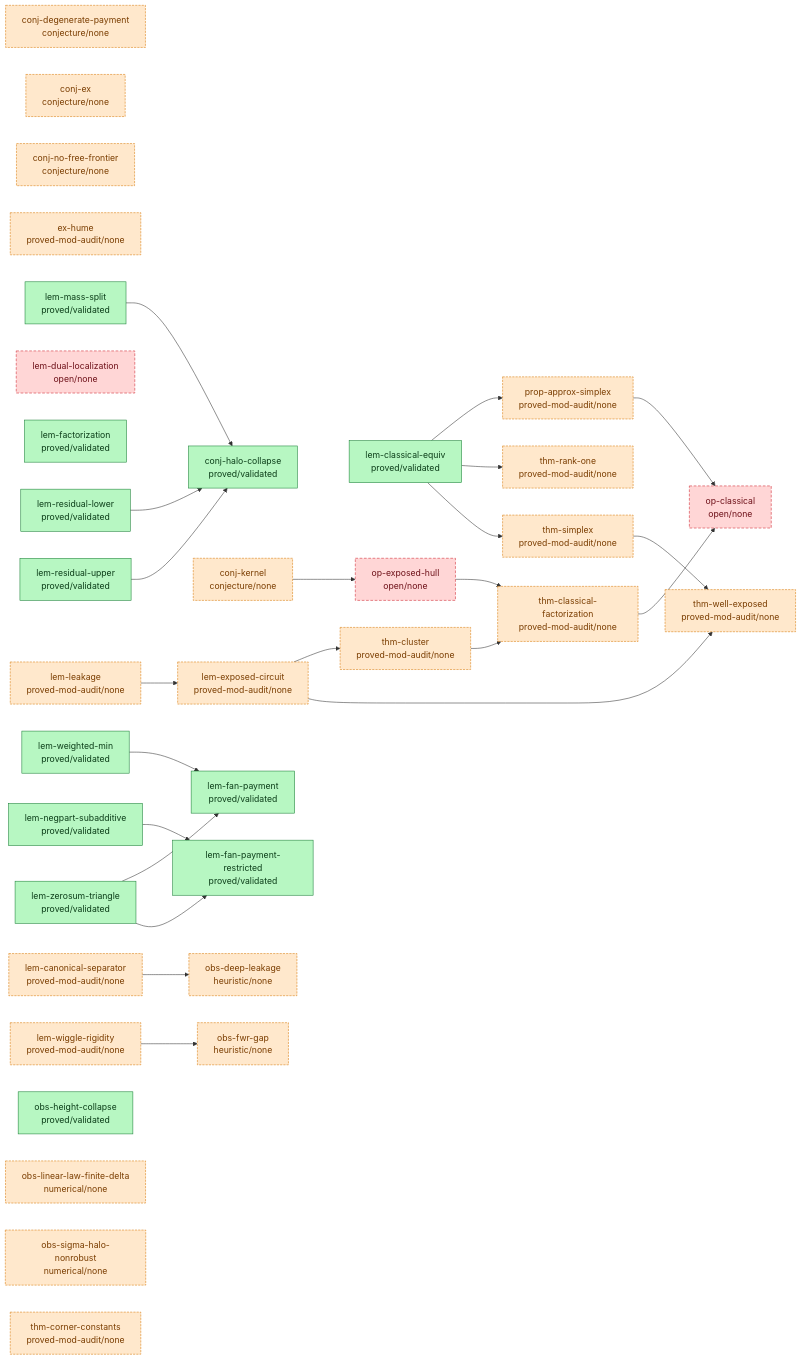
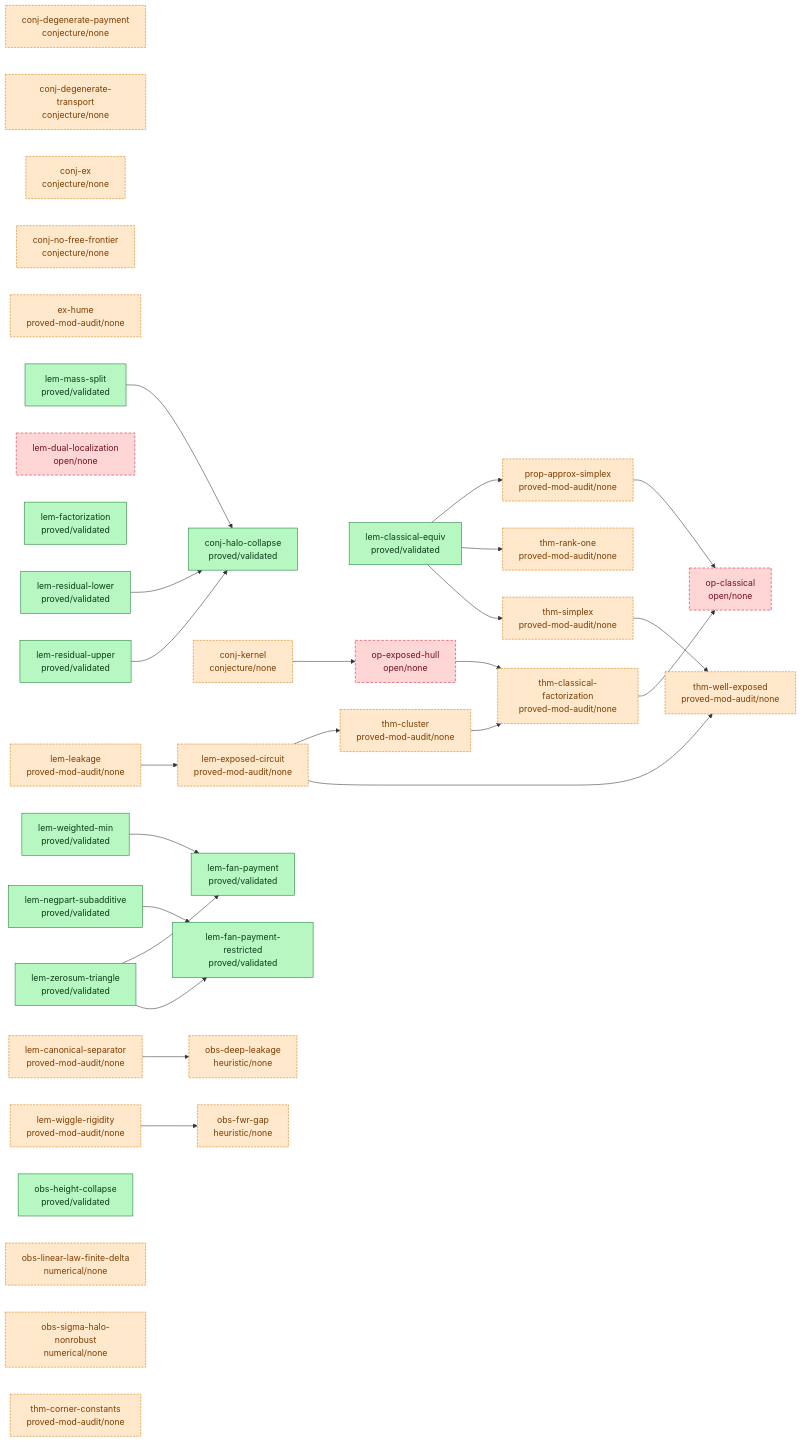
The diagram in argument/DAG.md (tobiasosborne/almost-idempotent-stochastic-maps), drawn with Mermaid before and after one commit. The commit also changed other lines of this file and 4 other files, not shown here.

First line of the commit message:
Codify conj-degenerate-transport: the (TT) payment-horn gap as a registry conjecture

````diff
--- a/argument/DAG.md
+++ b/argument/DAG.md
@@ -6,69 +6,70 @@
 ```mermaid
 graph LR
   classDef validated fill:#b7f7c2,stroke:#1a7f37,color:#0b3d18;
   classDef proved fill:#cfe3ff,stroke:#0969da,color:#0a3069;
   classDef seeded fill:#fff3c4,stroke:#bf8700,color:#5a4500;
   classDef stated fill:#eaecef,stroke:#8b949e,color:#24292f;
   classDef cited fill:#e7d6ff,stroke:#8250df,color:#3b1a73;
   classDef nonrigorous fill:#ffe8cc,stroke:#d97706,color:#7a3d00,stroke-dasharray:4 2;
   classDef open fill:#ffd6d6,stroke:#cf222e,color:#6e1119,stroke-dasharray:5 3;
   conj-degenerate-payment["conj-degenerate-payment<br/>conjecture/none"]
+  conj-degenerate-transport["conj-degenerate-transport<br/>conjecture/none"]
   conj-ex["conj-ex<br/>conjecture/none"]
   conj-halo-collapse["conj-halo-collapse<br/>proved/validated"]
   conj-kernel["conj-kernel<br/>conjecture/none"]
   conj-no-free-frontier["conj-no-free-frontier<br/>conjecture/none"]
   ex-hume["ex-hume<br/>proved-mod-audit/none"]
   lem-canonical-separator["lem-canonical-separator<br/>proved-mod-audit/none"]
   lem-classical-equiv["lem-classical-equiv<br/>proved/validated"]
   lem-dual-localization["lem-dual-localization<br/>open/none"]
   lem-exposed-circuit["lem-exposed-circuit<br/>proved-mod-audit/none"]
   lem-factorization["lem-factorization<br/>proved/validated"]
   lem-fan-payment["lem-fan-payment<br/>proved/validated"]
   lem-fan-payment-restricted["lem-fan-payment-restricted<br/>proved/validated"]
   lem-leakage["lem-leakage<br/>proved-mod-audit/none"]
   lem-mass-split["lem-mass-split<br/>proved/validated"]
   lem-negpart-subadditive["lem-negpart-subadditive<br/>proved/validated"]
   lem-residual-lower["lem-residual-lower<br/>proved/validated"]
   lem-residual-upper["lem-residual-upper<br/>proved/validated"]
   lem-weighted-min["lem-weighted-min<br/>proved/validated"]
   lem-wiggle-rigidity["lem-wiggle-rigidity<br/>proved-mod-audit/none"]
   lem-zerosum-triangle["lem-zerosum-triangle<br/>proved/validated"]
   obs-deep-leakage["obs-deep-leakage<br/>heuristic/none"]
   obs-fwr-gap["obs-fwr-gap<br/>heuristic/none"]
   obs-height-collapse["obs-height-collapse<br/>proved/validated"]
   obs-linear-law-finite-delta["obs-linear-law-finite-delta<br/>numerical/none"]
   obs-sigma-halo-nonrobust["obs-sigma-halo-nonrobust<br/>numerical/none"]
   op-classical["op-classical<br/>open/none"]
   op-exposed-hull["op-exposed-hull<br/>open/none"]
   prop-approx-simplex["prop-approx-simplex<br/>proved-mod-audit/none"]
   thm-classical-factorization["thm-classical-factorization<br/>proved-mod-audit/none"]
   thm-cluster["thm-cluster<br/>proved-mod-audit/none"]
   thm-corner-constants["thm-corner-constants<br/>proved-mod-audit/none"]
   thm-rank-one["thm-rank-one<br/>proved-mod-audit/none"]
   thm-simplex["thm-simplex<br/>proved-mod-audit/none"]
   thm-well-exposed["thm-well-exposed<br/>proved-mod-audit/none"]
   conj-kernel --> op-exposed-hull
   lem-canonical-separator --> obs-deep-leakage
   lem-classical-equiv --> prop-approx-simplex
   lem-classical-equiv --> thm-rank-one
   lem-classical-equiv --> thm-simplex
   lem-exposed-circuit --> thm-cluster
   lem-exposed-circuit --> thm-well-exposed
   lem-leakage --> lem-exposed-circuit
   lem-mass-split --> conj-halo-collapse
   lem-negpart-subadditive --> lem-fan-payment-restricted
   lem-residual-lower --> conj-halo-collapse
   lem-residual-upper --> conj-halo-collapse
   lem-weighted-min --> lem-fan-payment
   lem-wiggle-rigidity --> obs-fwr-gap
   lem-zerosum-triangle --> lem-fan-payment
   lem-zerosum-triangle --> lem-fan-payment-restricted
   op-exposed-hull --> thm-classical-factorization
   prop-approx-simplex --> op-classical
   thm-classical-factorization --> op-classical
   thm-cluster --> thm-classical-factorization
   thm-simplex --> thm-well-exposed
   class conj-halo-collapse,lem-classical-equiv,lem-factorization,lem-fan-payment,lem-fan-payment-restricted,lem-mass-split,lem-negpart-subadditive,lem-residual-lower,lem-residual-upper,lem-weighted-min,lem-zerosum-triangle,obs-height-collapse validated;
-  class conj-degenerate-payment,conj-ex,conj-kernel,conj-no-free-frontier,ex-hume,lem-canonical-separator,lem-exposed-circuit,lem-leakage,lem-wiggle-rigidity,obs-deep-leakage,obs-fwr-gap,obs-linear-law-finite-delta,obs-sigma-halo-nonrobust,prop-approx-simplex,thm-classical-factorization,thm-cluster,thm-corner-constants,thm-rank-one,thm-simplex,thm-well-exposed nonrigorous;
+  class conj-degenerate-payment,conj-degenerate-transport,conj-ex,conj-kernel,conj-no-free-frontier,ex-hume,lem-canonical-separator,lem-exposed-circuit,lem-leakage,lem-wiggle-rigidity,obs-deep-leakage,obs-fwr-gap,obs-linear-law-finite-delta,obs-sigma-halo-nonrobust,prop-approx-simplex,thm-classical-factorization,thm-cluster,thm-corner-constants,thm-rank-one,thm-simplex,thm-well-exposed nonrigorous;
   class lem-dual-localization,op-classical,op-exposed-hull open;
 ```
````
